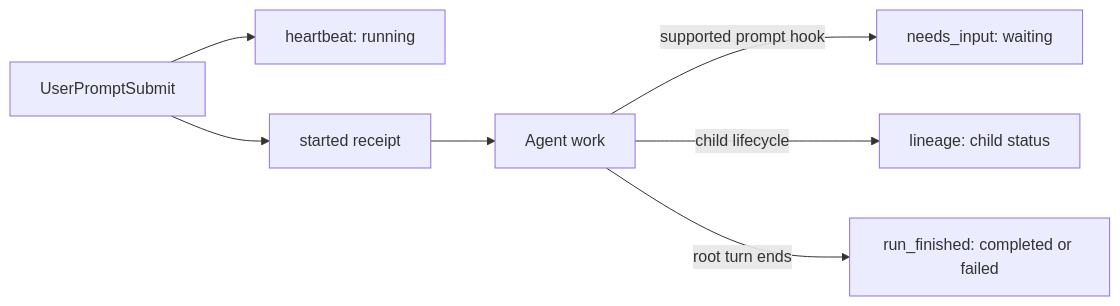
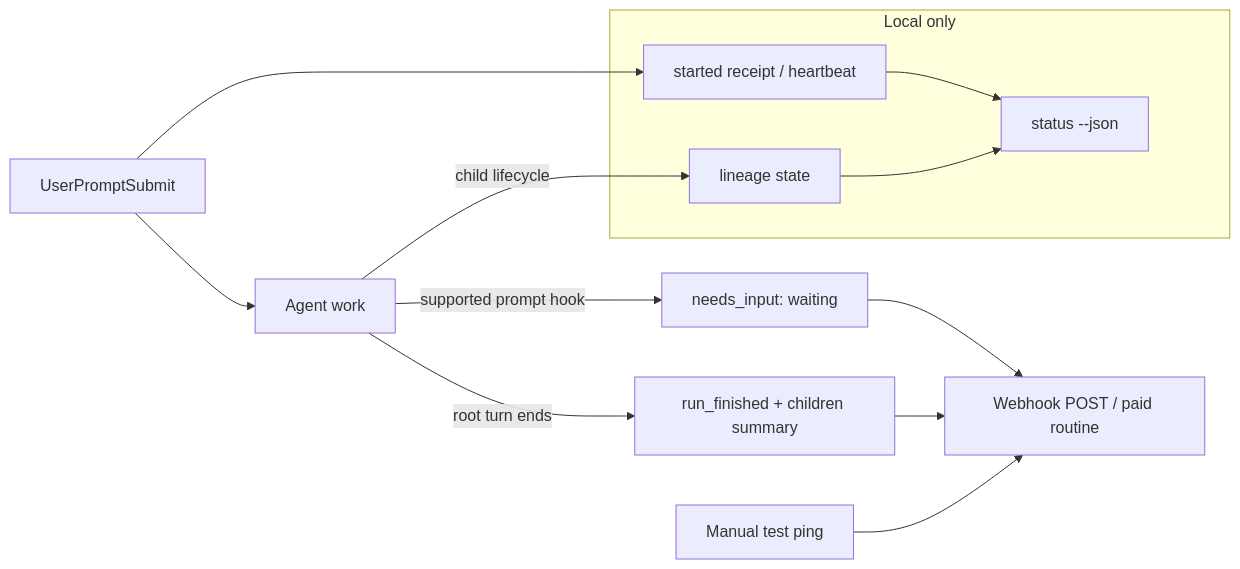
Before and after one commit to clzmj/skills: the diagram in skills/rex/scripts/README.md, drawn with Mermaid. The commit also changed other lines of this file and 2 other files, not shown here.

Commit message:
fix(rex): keep heartbeat and lineage callbacks local

````diff
--- a/skills/rex/scripts/README.md
+++ b/skills/rex/scripts/README.md
@@ -47,9 +51,18 @@
 ```mermaid
 flowchart LR
-    P[UserPromptSubmit] --> H[heartbeat: running]
-    P --> S[started receipt]
-    S --> W[Agent work]
+    P[UserPromptSubmit] --> W[Agent work]
+    subgraph Local only
+        S[started receipt / heartbeat]
+        L[lineage state]
+        Q[status --json]
+        S --> Q
+        L --> Q
+    end
+    P --> S
+    W -->|child lifecycle| L
     W -->|supported prompt hook| N[needs_input: waiting]
-    W -->|child lifecycle| L[lineage: child status]
-    W -->|root turn ends| F[run_finished: completed or failed]
+    W -->|root turn ends| F[run_finished + children summary]
+    N --> H[Webhook POST / paid routine]
+    F --> H
+    T[Manual test ping] --> H
 ```
````
